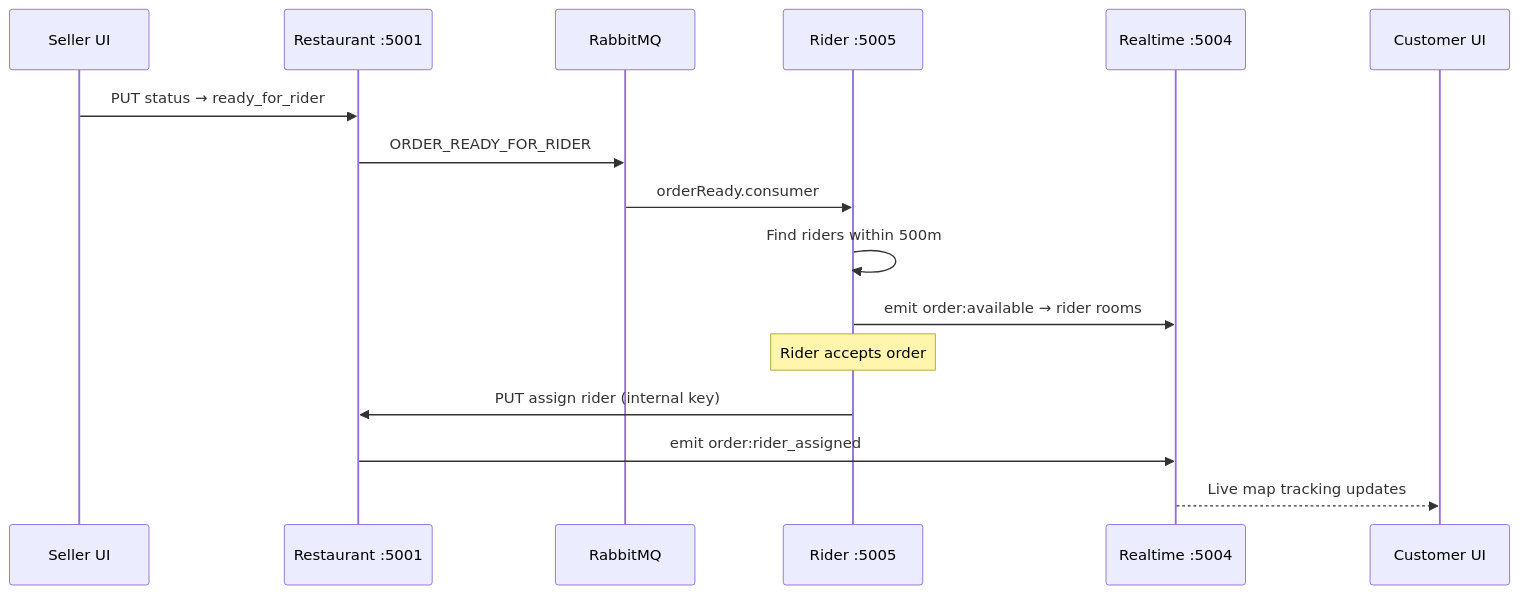
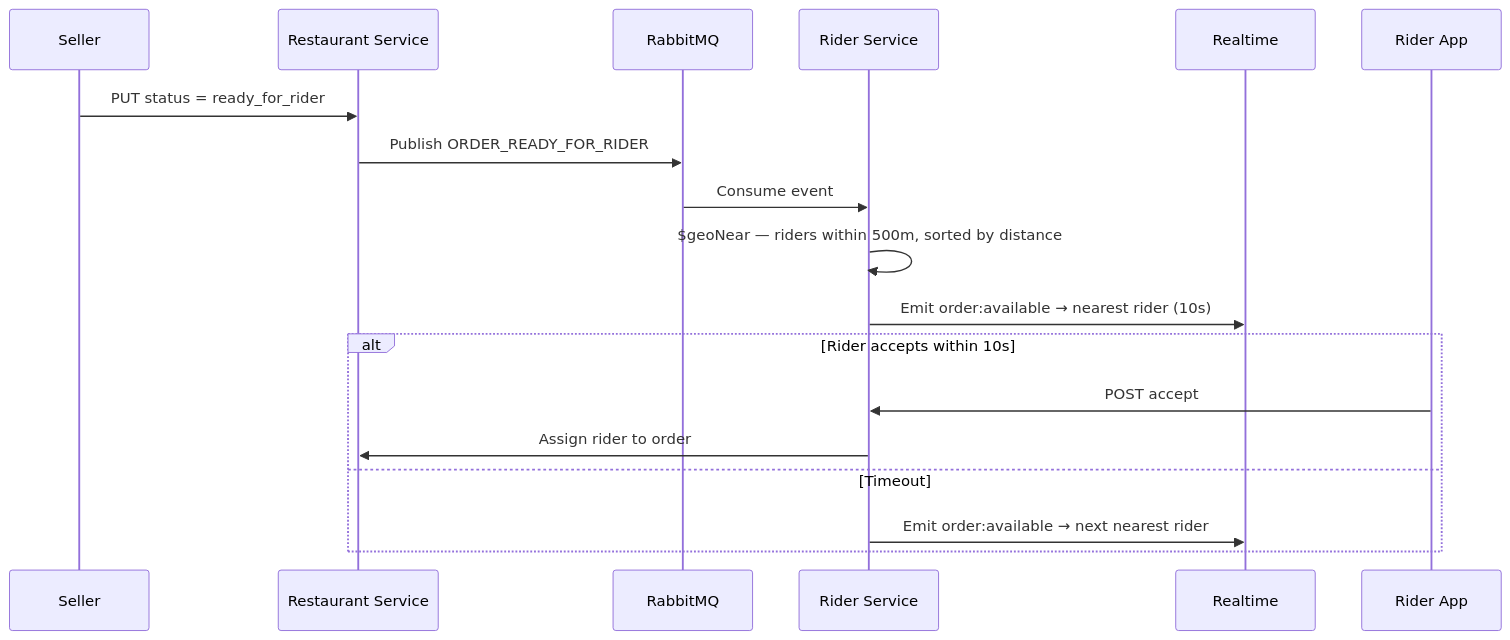
One commit to subhm2004/ByteBites changed the fourth of 5 diagrams in README.md. Above: the diagram before and after it, drawn with Mermaid. The commit also changed other lines of this file and 1 other file, not shown here.

````diff
--- a/README.md
+++ b/README.md
@@ -291,20 +449,21 @@
 ```mermaid
 sequenceDiagram
-    participant Seller as Seller UI
-    participant R as Restaurant :5001
+    participant S as Seller
+    participant R as Restaurant Service
     participant Q as RabbitMQ
-    participant RID as Rider :5005
-    participant RT as Realtime :5004
-    participant Cust as Customer UI
+    participant RD as Rider Service
+    participant RT as Realtime
+    participant Rider as Rider App
 
-    Seller->>R: PUT status → ready_for_rider
-    R->>Q: ORDER_READY_FOR_RIDER
-    Q->>RID: orderReady.consumer
-    RID->>RID: Find riders within 500m
-    RID->>RT: emit order:available → rider rooms
-
-    Note over RID: Rider accepts order
-    RID->>R: PUT assign rider (internal key)
-    R->>RT: emit order:rider_assigned
-    RT-->>Cust: Live map tracking updates
+    S->>R: PUT status = ready_for_rider
+    R->>Q: Publish ORDER_READY_FOR_RIDER
+    Q->>RD: Consume event
+    RD->>RD: $geoNear — riders within 500m, sorted by distance
+    RD->>RT: Emit order:available → nearest rider (10s)
+    alt Rider accepts within 10s
+        Rider->>RD: POST accept
+        RD->>R: Assign rider to order
+    else Timeout
+        RD->>RT: Emit order:available → next nearest rider
+    end
 ```
````
